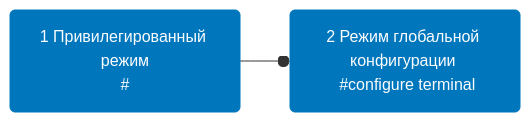
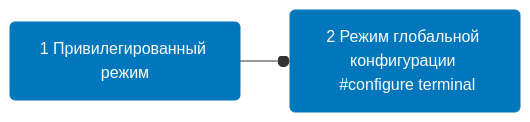
Before and after one commit to Kostrov2003/FirstSite: the diagram in test.md, drawn with Mermaid.

````diff
--- a/test.md
+++ b/test.md
@@ -1,7 +1,7 @@
 ```mermaid 
 graph LR
 classDef class1 fill:#0076bd,stroke:#0076bd,color:#fbfdfe
 
-A(1 Привилегированный режим<br>#):::class1 --o B(2 Режим глобальной конфигурации <br> #configure terminal):::class1
+A(1 Привилегированный режим):::class1 --o B(2 Режим глобальной конфигурации <br> #configure terminal):::class1
 click B "https://habr.com/ru/company/rostelecom/blog/570098/"
 ```
````
